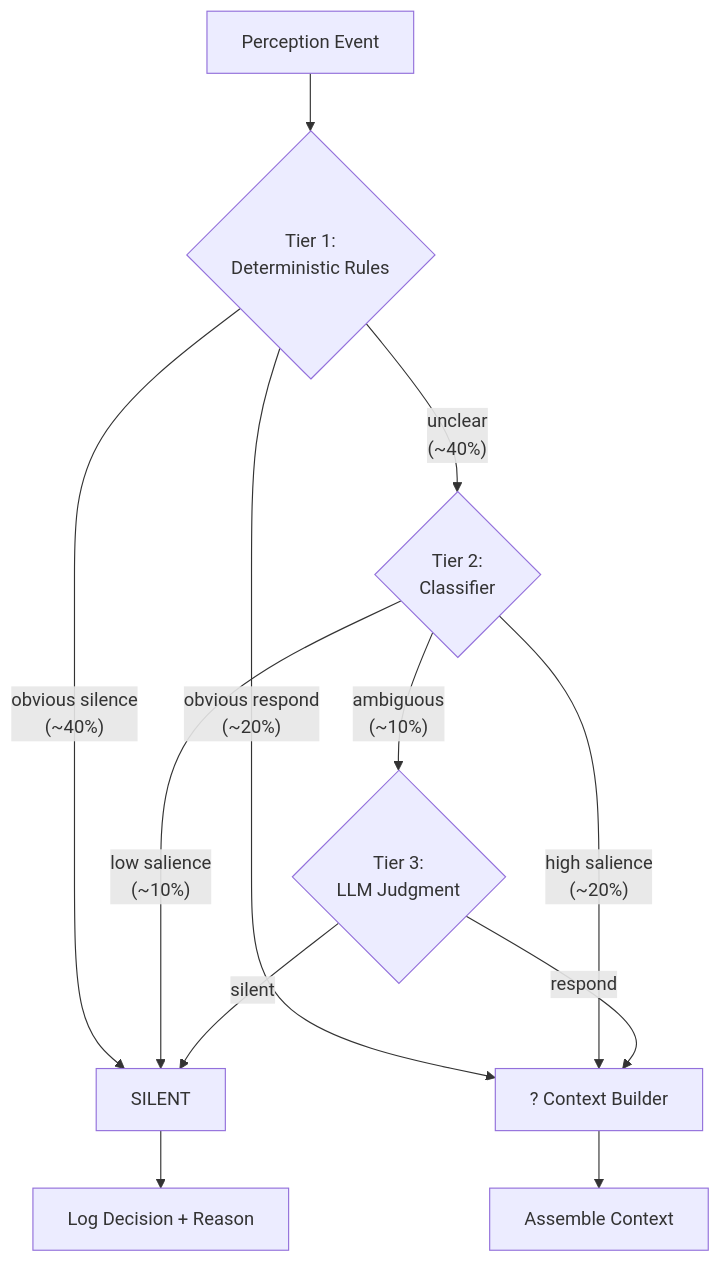
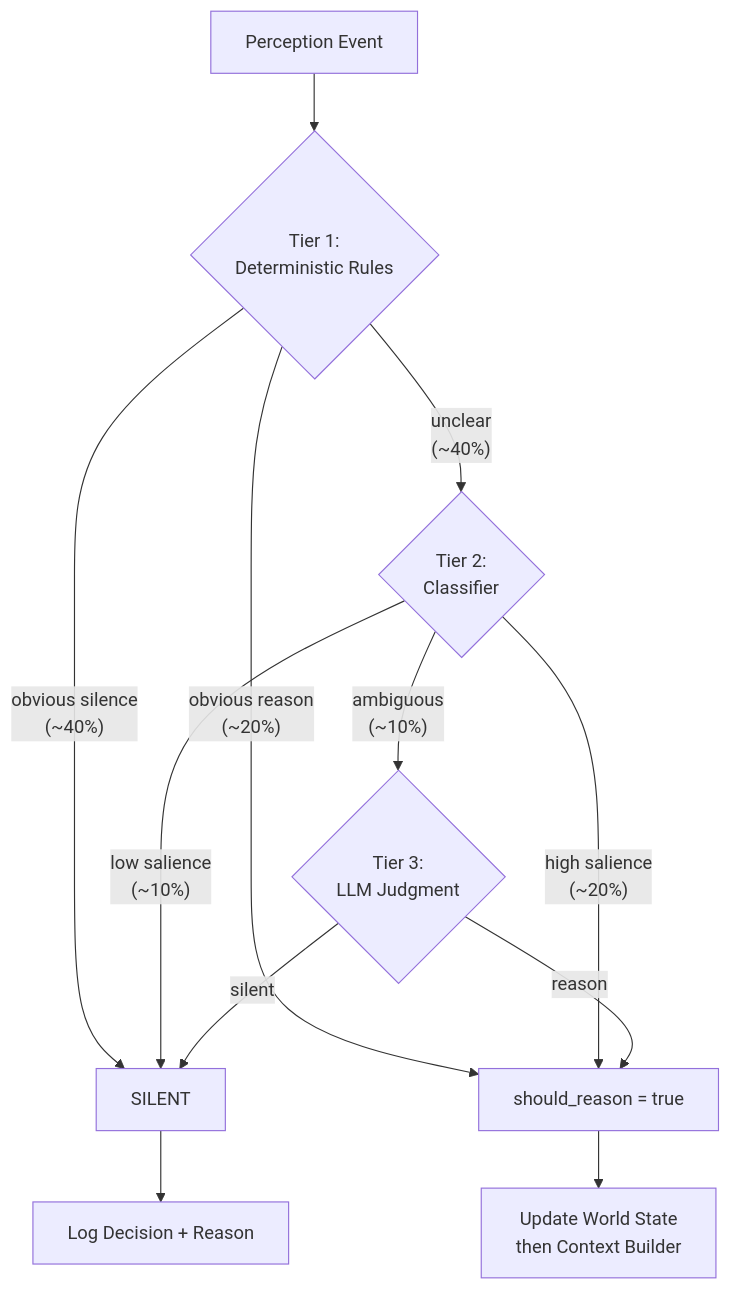
The second of 2 diagrams in docs/architecture/02-subsystems.md (sandeep-sarma-24/jarvis), drawn with Mermaid before and after one commit. The commit also changed other lines of this file and 6 other files, not shown here.

First line of the commit message:
Phase 0: architecture corrections before Phase 1

````diff
--- a/docs/architecture/02-subsystems.md
+++ b/docs/architecture/02-subsystems.md
@@ -194,17 +323,17 @@
 ```mermaid
 flowchart TD
     EVENT[Perception Event] --> T1{Tier 1:<br/>Deterministic Rules}
     T1 -->|"obvious silence<br/>(~40%)"| SILENT[SILENT]
-    T1 -->|"obvious respond<br/>(~20%)"| RESPOND[? Context Builder]
+    T1 -->|"obvious reason<br/>(~20%)"| REASON[should_reason = true]
     T1 -->|"unclear<br/>(~40%)"| T2{Tier 2:<br/>Classifier}
 
-    T2 -->|"high salience<br/>(~20%)"| RESPOND
+    T2 -->|"high salience<br/>(~20%)"| REASON
     T2 -->|"low salience<br/>(~10%)"| SILENT
     T2 -->|"ambiguous<br/>(~10%)"| T3{Tier 3:<br/>LLM Judgment}
 
-    T3 -->|"respond"| RESPOND
+    T3 -->|"reason"| REASON
     T3 -->|"silent"| SILENT
 
     SILENT --> LOG[Log Decision + Reason]
-    RESPOND --> CTX[Assemble Context]
+    REASON --> WS[Update World State<br/>then Context Builder]
 ```
````
